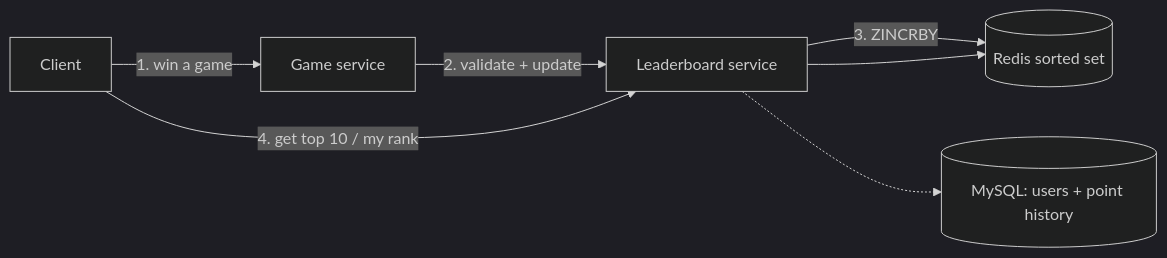
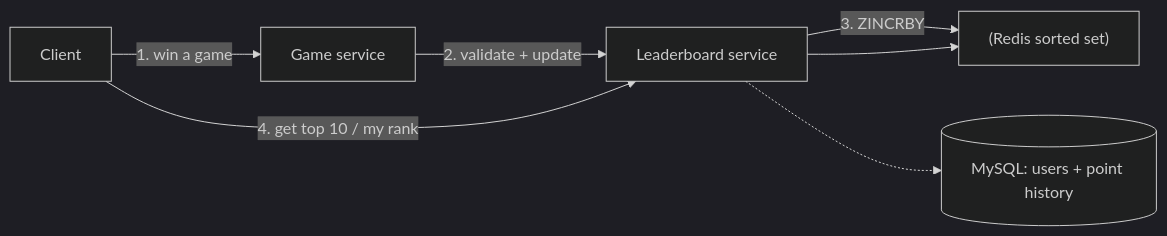
The first of 3 diagrams in files/System-Design-Questions/25-gaming_leaderboard_system_design.md (pankajThakur1874/studysheet), drawn with Mermaid (dark theme) before and after one commit. The commit also changed other lines of this file and 102 other files, not shown here.

Commit message:
Auto-fix Mermaid diagram syntax across all study guides to prevent Syntax Error in Mermaid v10

````diff
--- a/files/System-Design-Questions/25-gaming_leaderboard_system_design.md
+++ b/files/System-Design-Questions/25-gaming_leaderboard_system_design.md
@@ -75,9 +75,9 @@
 ```mermaid
 flowchart LR
     Client -->|1. win a game| Game[Game service]
     Game -->|2. validate + update| LB[Leaderboard service]
-    LB -->|3. ZINCRBY| Store[(Redis sorted set)]
+    LB -->|3. ZINCRBY| Store["(Redis sorted set)"]
     Client -->|4. get top 10 / my rank| LB
     LB --> Store
-    LB -.-> SQL[(MySQL: users + point history)]
+    LB -.-> SQL[("MySQL: users + point history")]
 ```
````
